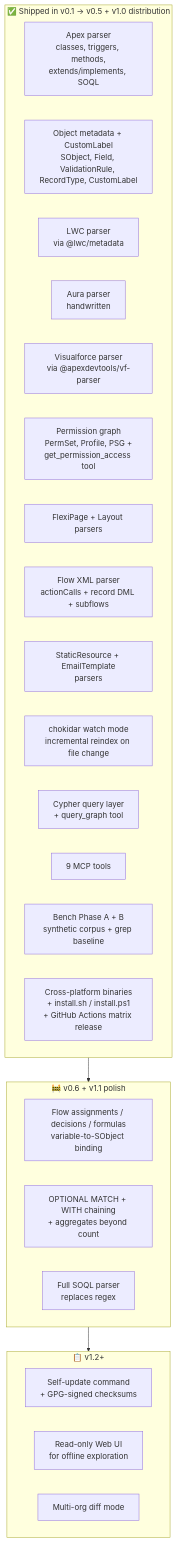
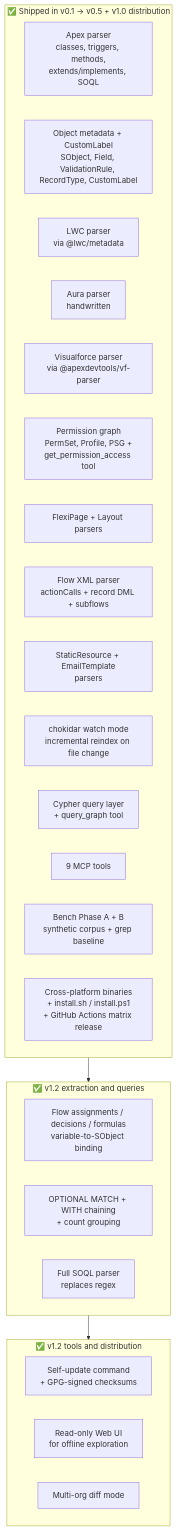
Before and after one commit to Marceswan/Spindle: the second of 2 diagrams in README.md, drawn with Mermaid. The commit also changed other lines of this file and 43 other files, not shown here.

Commit message:
Add Salesforce extraction, chained queries, snapshot diff and signed update tooling

````diff
--- a/README.md
+++ b/README.md
@@ -198,33 +199,33 @@
 ```mermaid
 graph TB
     subgraph Done[" ✅ Shipped in v0.1 → v0.5 + v1.0 distribution "]
         Apex2[Apex parser<br/>classes, triggers, methods,<br/>extends/implements, SOQL]
         Meta2[Object metadata + CustomLabel<br/>SObject, Field, ValidationRule, RecordType, CustomLabel]
         LWC2[LWC parser<br/>via @lwc/metadata]
         Aura2[Aura parser<br/>handwritten]
         VF2[Visualforce parser<br/>via @apexdevtools/vf-parser]
         Perm3[Permission graph<br/>PermSet, Profile, PSG +<br/>get_permission_access tool]
         FlexLayout3[FlexiPage + Layout parsers]
         Flow3[Flow XML parser<br/>actionCalls + record DML + subflows]
         StaticEmail4[StaticResource + EmailTemplate<br/>parsers]
         Watch4[chokidar watch mode<br/>incremental reindex on file change]
         Cypher5[Cypher query layer<br/>+ query_graph tool]
         Tools2[9 MCP tools]
         Bench2[Bench Phase A + B<br/>synthetic corpus + grep baseline]
         Dist1[Cross-platform binaries<br/>+ install.sh / install.ps1<br/>+ GitHub Actions matrix release]
     end
 
-    subgraph Soon[" 🚧 v0.6 + v1.1 polish "]
+    subgraph Soon[" ✅ v1.2 extraction and queries "]
         FlowAdv4[Flow assignments / decisions / formulas<br/>variable-to-SObject binding]
-        OptCypher[OPTIONAL MATCH + WITH chaining<br/>+ aggregates beyond count]
+        OptCypher[OPTIONAL MATCH + WITH chaining<br/>+ count grouping]
         SOQL4[Full SOQL parser<br/>replaces regex]
     end
 
-    subgraph Later[" 📋 v1.2+ "]
+    subgraph Later[" ✅ v1.2 tools and distribution "]
         SelfUpdate[Self-update command<br/>+ GPG-signed checksums]
         WebUI[Read-only Web UI<br/>for offline exploration]
         Diff[Multi-org diff mode]
     end
 
     Done --> Soon --> Later
 ```
````
